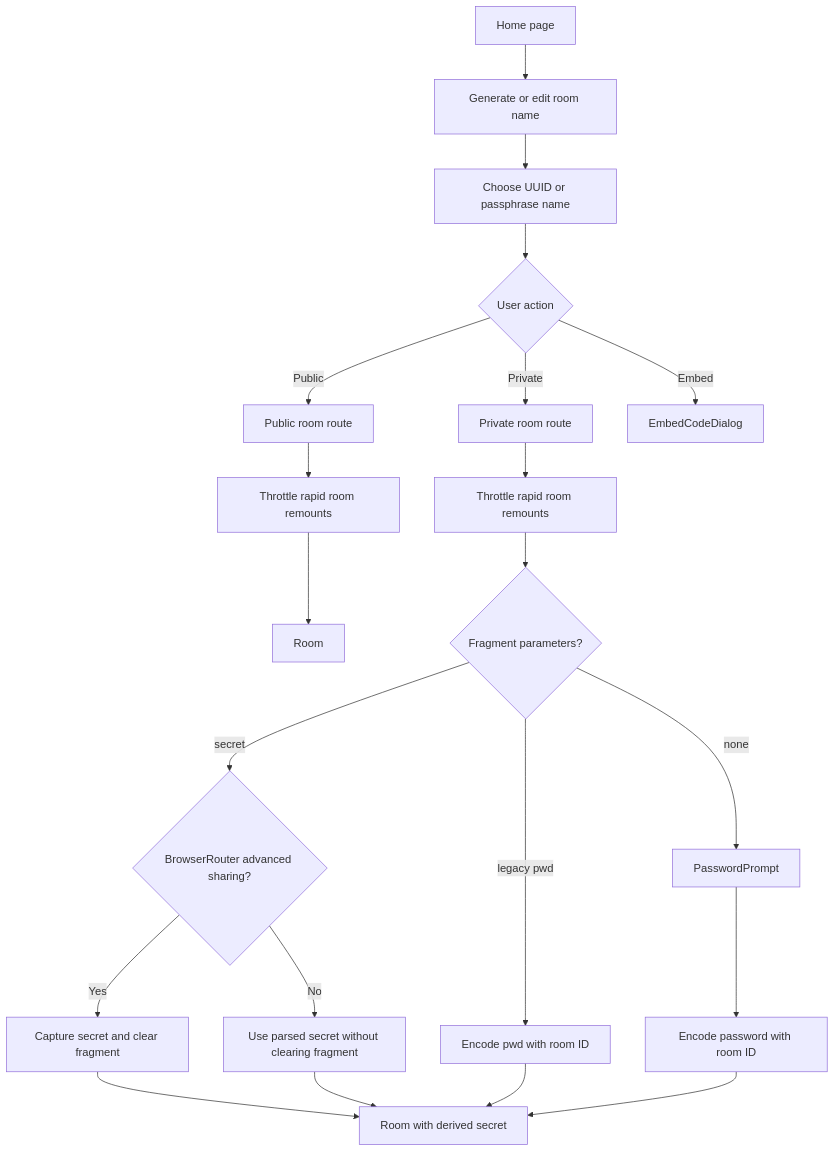
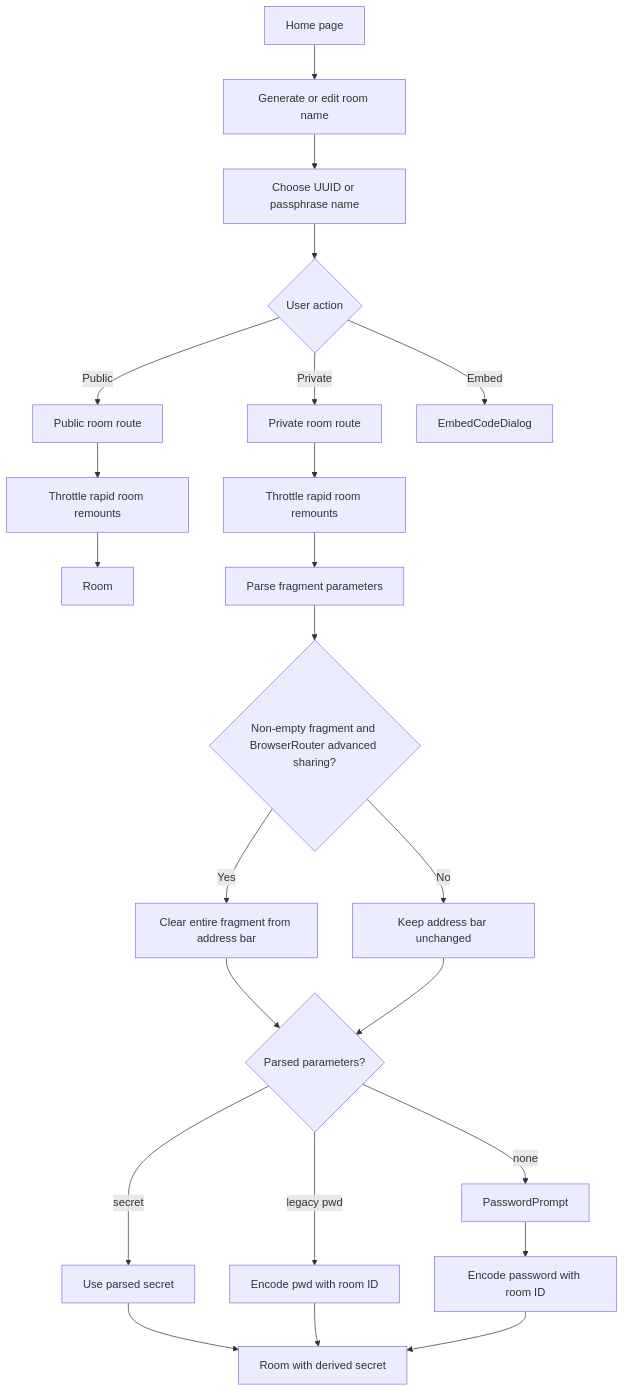
Before and after one commit to drunkod/chitchatter: the third of 5 diagrams in docs/architecture/ui-architecture.md, drawn with Mermaid. The commit also changed other lines of this file and 1 other file, not shown here.

Commit message:
Clarify room fragment and SDK flows

````diff
--- a/docs/architecture/ui-architecture.md
+++ b/docs/architecture/ui-architecture.md
@@ -70,23 +70,25 @@
 ```mermaid
 flowchart TD
     Home[Home page] --> RoomName[Generate or edit room name]
     RoomName --> Type[Choose UUID or passphrase name]
     Type --> Choice{User action}
     Choice -- Public --> PublicRoute[Public room route]
     Choice -- Private --> PrivateRoute[Private room route]
     Choice -- Embed --> EmbedDialog[EmbedCodeDialog]
     PublicRoute --> ThrottleA[Throttle rapid room remounts]
     PrivateRoute --> ThrottleB[Throttle rapid room remounts]
     ThrottleA --> RoomA[Room]
-    ThrottleB --> Fragment{Fragment parameters?}
-    Fragment -- secret --> Advanced{BrowserRouter advanced sharing?}
-    Advanced -- Yes --> Clear[Capture secret and clear fragment]
-    Advanced -- No --> Existing[Use parsed secret without clearing fragment]
-    Fragment -- legacy pwd --> Legacy[Encode pwd with room ID]
-    Fragment -- none --> Prompt[PasswordPrompt]
+    ThrottleB --> Parse[Parse fragment parameters]
+    Parse --> ClearDecision{Non-empty fragment and BrowserRouter advanced sharing?}
+    ClearDecision -- Yes --> Clear[Clear entire fragment from address bar]
+    ClearDecision -- No --> Keep[Keep address bar unchanged]
+    Clear --> Params{Parsed parameters?}
+    Keep --> Params
+    Params -- secret --> Existing[Use parsed secret]
+    Params -- legacy pwd --> Legacy[Encode pwd with room ID]
+    Params -- none --> Prompt[PasswordPrompt]
     Prompt --> Derive[Encode password with room ID]
-    Clear --> RoomB[Room with derived secret]
-    Existing --> RoomB
+    Existing --> RoomB[Room with derived secret]
     Legacy --> RoomB
     Derive --> RoomB
 ```
````
